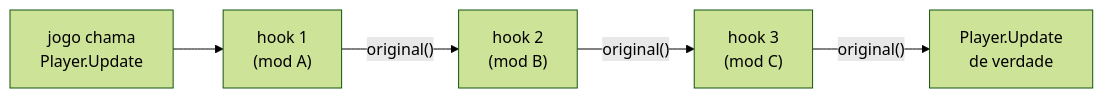
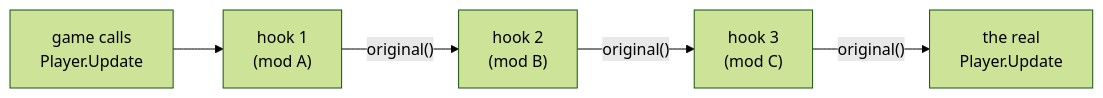
One commit to JonataOliveiraa/Bunny-Loader changed the second of 3 diagrams in docs/nucleo/hooks.md. Above: the diagram before and after it, drawn with Mermaid (forest theme). The commit also changed other lines of this file and 89 other files, not shown here.

````diff
--- a/docs/nucleo/hooks.md
+++ b/docs/nucleo/hooks.md
@@ -78,7 +77,7 @@
 ```mermaid
 flowchart LR
-    G["jogo chama<br/>Player.Update"] --> H1["hook 1<br/>(mod A)"]
+    G["game calls<br/>Player.Update"] --> H1["hook 1<br/>(mod A)"]
     H1 -- "original()" --> H2["hook 2<br/>(mod B)"]
     H2 -- "original()" --> H3["hook 3<br/>(mod C)"]
-    H3 -- "original()" --> F["Player.Update<br/>de verdade"]
+    H3 -- "original()" --> F["the real<br/>Player.Update"]
 ```
````
